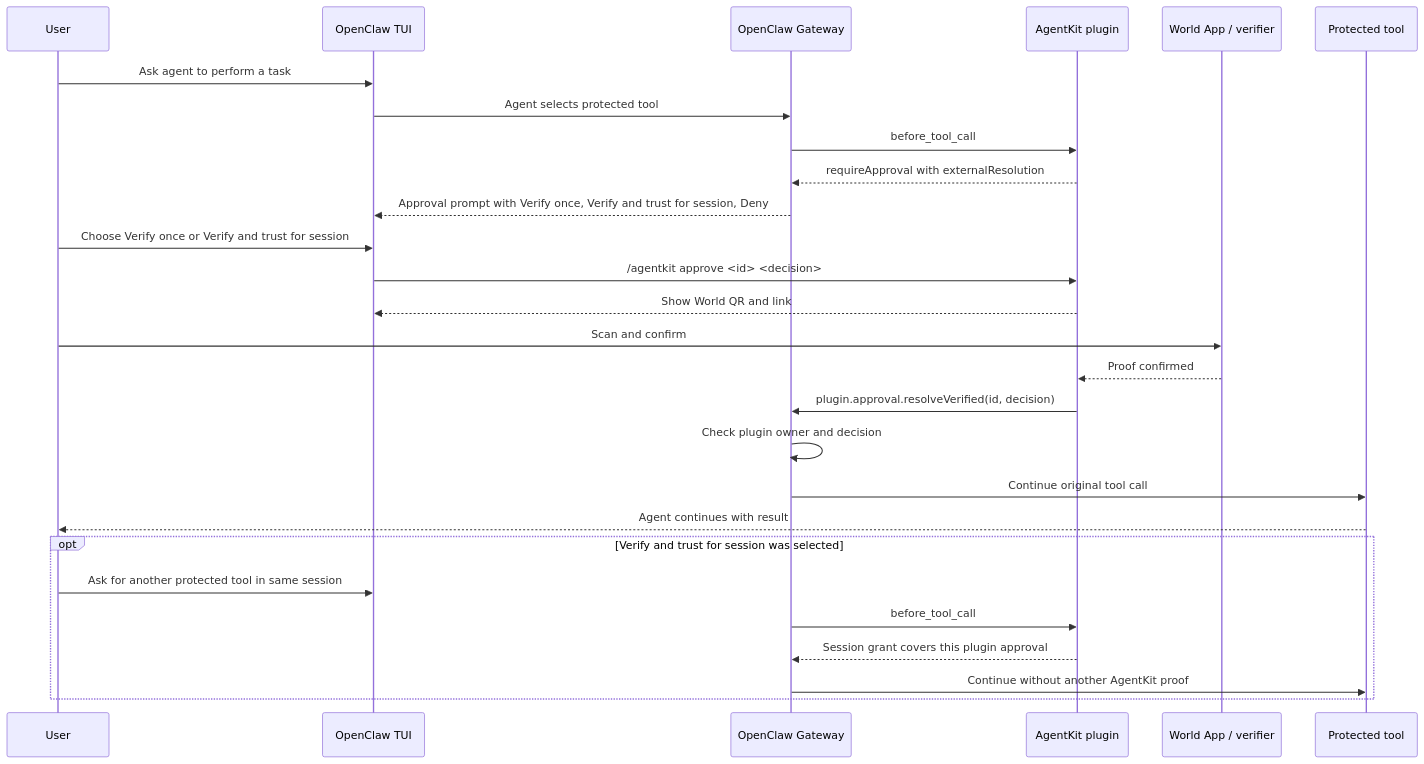
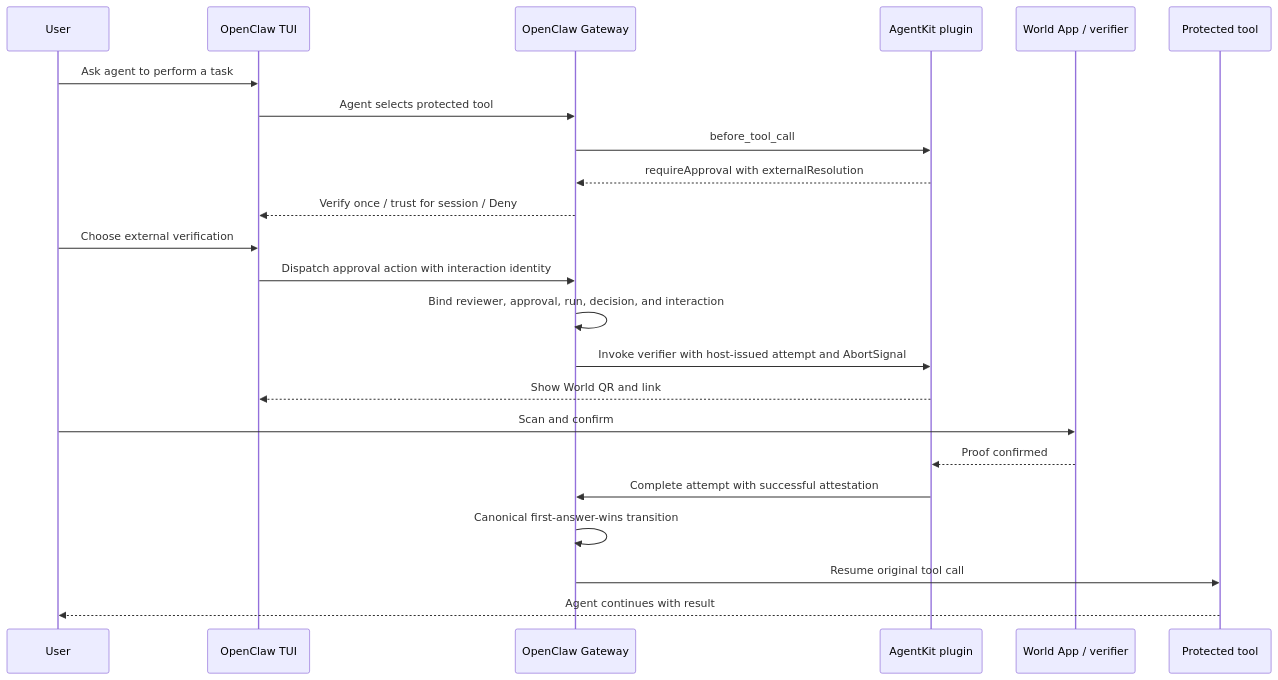
One commit to openclaw/rfcs changed the diagram in rfcs/0011-plugin-owned-external-verification-approvals.md. Above: the diagram before and after it, drawn with Mermaid. The commit also changed other lines of this file, not shown here.

Commit message:
Tighten external verification approval contract

````diff
--- a/rfcs/0011-plugin-owned-external-verification-approvals.md
+++ b/rfcs/0011-plugin-owned-external-verification-approvals.md
@@ -450,30 +542,26 @@
 ```mermaid
 sequenceDiagram
   participant User
   participant TUI as OpenClaw TUI
   participant Core as OpenClaw Gateway
   participant Plugin as AgentKit plugin
   participant World as World App / verifier
   participant Tool as Protected tool
 
   User->>TUI: Ask agent to perform a task
   TUI->>Core: Agent selects protected tool
   Core->>Plugin: before_tool_call
   Plugin-->>Core: requireApproval with externalResolution
-  Core-->>TUI: Approval prompt with Verify once, Verify and trust for session, Deny
-  User->>TUI: Choose Verify once or Verify and trust for session
-  TUI->>Plugin: /agentkit approve <id> <decision>
+  Core-->>TUI: Verify once / trust for session / Deny
+  User->>TUI: Choose external verification
+  TUI->>Core: Dispatch approval action with interaction identity
+  Core->>Core: Bind reviewer, approval, run, decision, and interaction
+  Core->>Plugin: Invoke verifier with host-issued attempt and AbortSignal
   Plugin-->>TUI: Show World QR and link
   User->>World: Scan and confirm
   World-->>Plugin: Proof confirmed
-  Plugin->>Core: plugin.approval.resolveVerified(id, decision)
-  Core->>Core: Check plugin owner and decision
-  Core->>Tool: Continue original tool call
+  Plugin->>Core: Complete attempt with successful attestation
+  Core->>Core: Canonical first-answer-wins transition
+  Core->>Tool: Resume original tool call
   Tool-->>User: Agent continues with result
-  opt Verify and trust for session was selected
-    User->>TUI: Ask for another protected tool in same session
-    Core->>Plugin: before_tool_call
-    Plugin-->>Core: Session grant covers this plugin approval
-    Core->>Tool: Continue without another AgentKit proof
-  end
 ```
````
